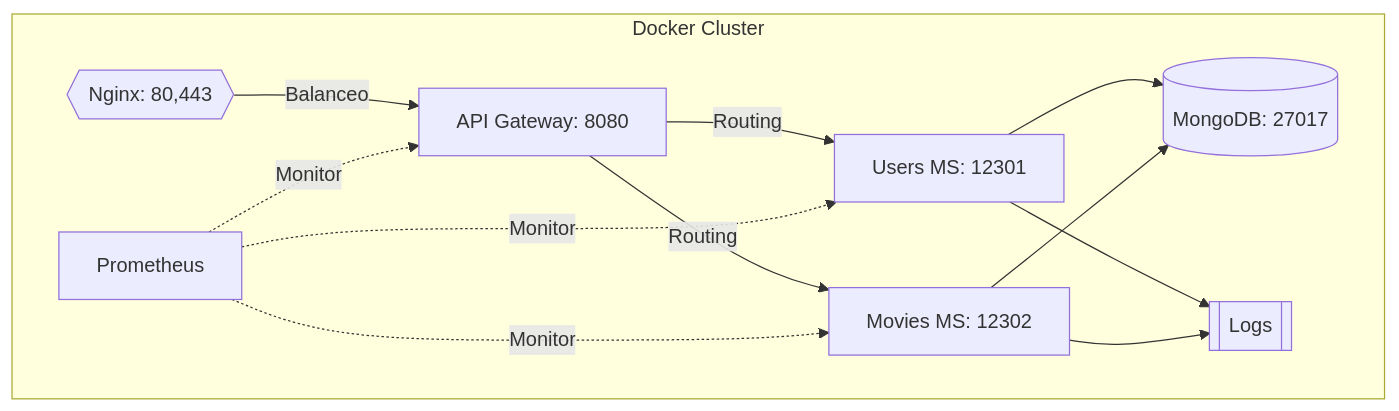
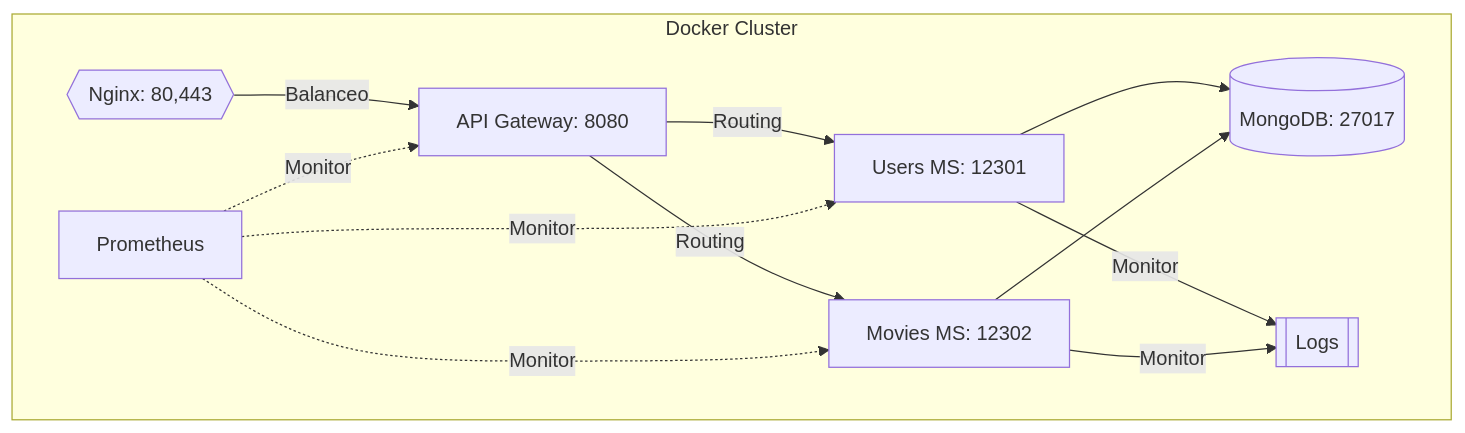
The second of 2 diagrams in README.md (imeshinnovation/proyecto_ddd), drawn with Mermaid before and after one commit.

Commit message:
Update repo

````diff
--- a/README.md
+++ b/README.md
@@ -39,23 +39,23 @@
 ```mermaid
 graph TD
     subgraph Docker Cluster
         A[API Gateway: 8080]
         B[Users MS: 12301]
         C[Movies MS: 12302]
         D[(MongoDB: 27017)]
         F{{Nginx: 80,443}}
         G[Prometheus]
         H[[Logs]]
         
         F -->|Balanceo| A
         A -->|Routing| B
         A -->|Routing| C
         B --> D
         C --> D
-        B --> H
-        C --> H
+        B --> |Monitor| H
+        C --> |Monitor| H
         G -.->|Monitor| A
         G -.->|Monitor| B
         G -.->|Monitor| C
     end
 ```
````
